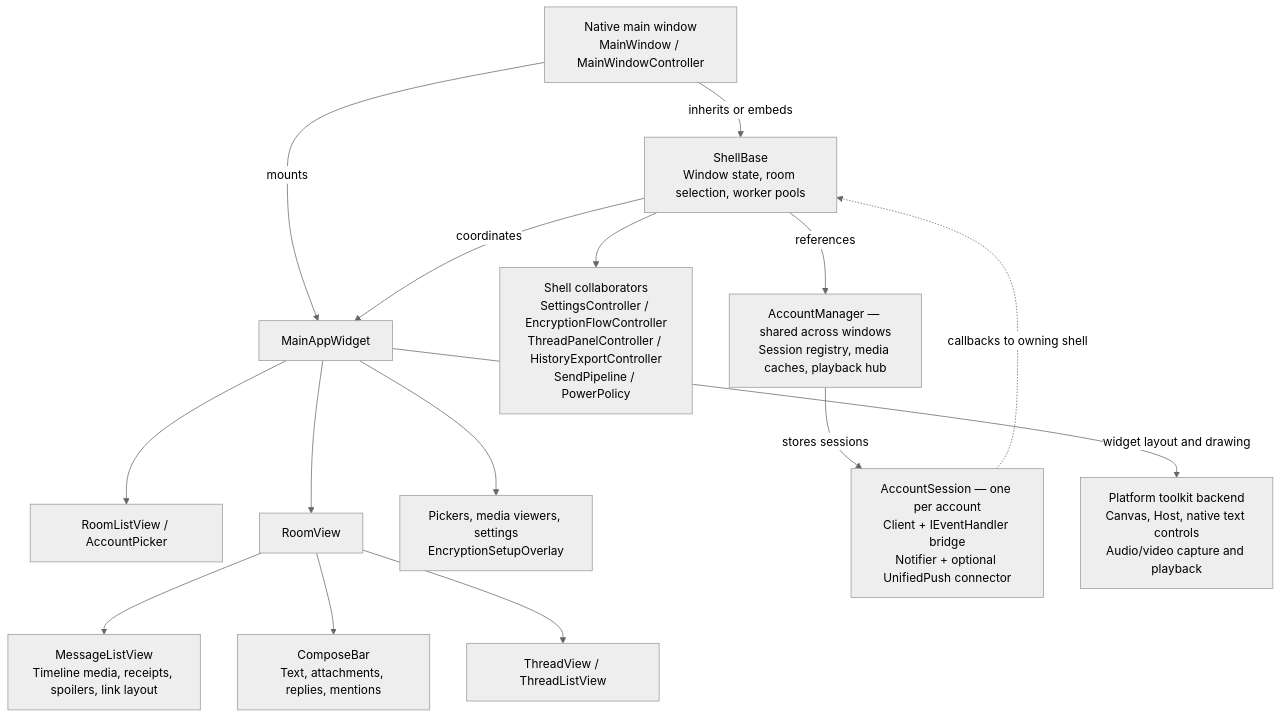
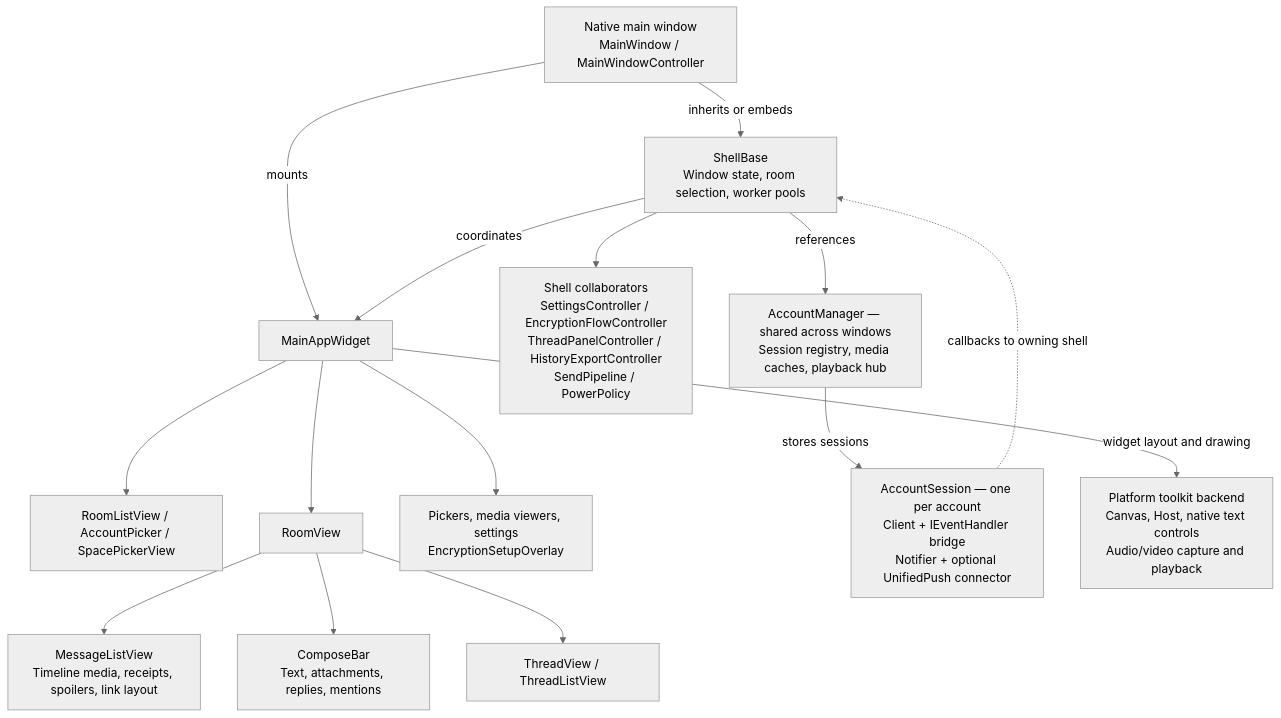
Before and after one commit to surakin/tesseract: the second of 7 diagrams in ARCHITECTURE.md, drawn with Mermaid (neutral theme). The commit also changed other lines of this file and 4 other files, not shown here.

````diff
--- a/ARCHITECTURE.md
+++ b/ARCHITECTURE.md
@@ -92,31 +93,31 @@
 ```mermaid
 flowchart TB
     native["Native main window<br/>MainWindow / MainWindowController"]
     shell["ShellBase<br/>Window state, room selection, worker pools"]
     root["MainAppWidget"]
-    sidebar["RoomListView / AccountPicker"]
+    sidebar["RoomListView / AccountPicker / SpacePickerView"]
     room["RoomView"]
     timeline["MessageListView<br/>Timeline media, receipts, spoilers, link layout"]
     compose["ComposeBar<br/>Text, attachments, replies, mentions"]
     thread["ThreadView / ThreadListView"]
     overlays["Pickers, media viewers, settings<br/>EncryptionSetupOverlay"]
     controllers["Shell collaborators<br/>SettingsController / EncryptionFlowController<br/>ThreadPanelController / HistoryExportController<br/>SendPipeline / PowerPolicy"]
     manager["AccountManager — shared across windows<br/>Session registry, media caches, playback hub"]
     account["AccountSession — one per account<br/>Client + IEventHandler bridge<br/>Notifier + optional UnifiedPush connector"]
     backend["Platform toolkit backend<br/>Canvas, Host, native text controls<br/>Audio/video capture and playback"]
 
     native -->|inherits or embeds| shell
     native -->|mounts| root
     root --> sidebar
     root --> room
     room --> timeline
     room --> compose
     room --> thread
     root --> overlays
     shell -->|coordinates| root
     shell --> controllers
     shell -->|references| manager
     manager -->|stores sessions| account
     root -->|widget layout and drawing| backend
     account -.->|callbacks to owning shell| shell
 ```
````
